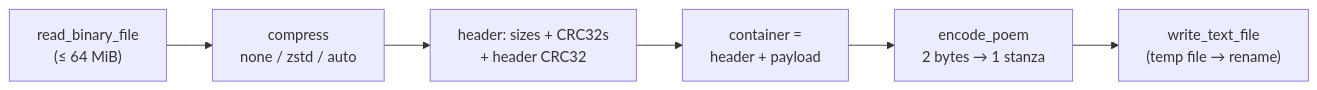
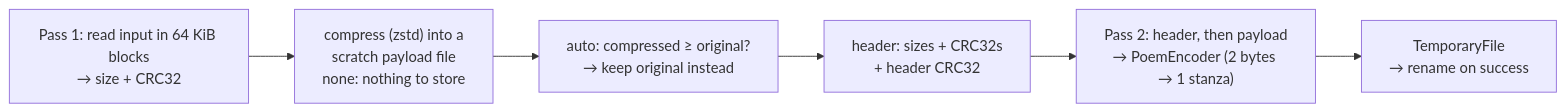
The second of 7 diagrams in docs/en/main-flow.md (Viole1/bard-zip), drawn with Mermaid before and after one commit. The commit also changed other lines of this file and 36 other files, not shown here.

Commit message:
feat(core): process files in 64 KiB blocks to keep memory constant

````diff
--- a/docs/en/main-flow.md
+++ b/docs/en/main-flow.md
@@ -33,8 +35,8 @@
 ```mermaid
 flowchart LR
-    A["read_binary_file<br/>(≤ 64 MiB)"] --> B["compress<br/>none / zstd / auto"]
-    B --> C["header: sizes + CRC32s<br/>+ header CRC32"]
-    C --> D["container =<br/>header + payload"]
-    D --> E["encode_poem<br/>2 bytes → 1 stanza"]
-    E --> F["write_text_file<br/>(temp file → rename)"]
+    A["Pass 1: read input in 64 KiB blocks<br/>→ size + CRC32"] --> B["compress (zstd) into a<br/>scratch payload file<br/>none: nothing to store"]
+    B --> C["auto: compressed ≥ original?<br/>→ keep original instead"]
+    C --> D["header: sizes + CRC32s<br/>+ header CRC32"]
+    D --> E["Pass 2: header, then payload<br/>→ PoemEncoder (2 bytes → 1 stanza)"]
+    E --> F["TemporaryFile<br/>→ rename on success"]
 ```
````
